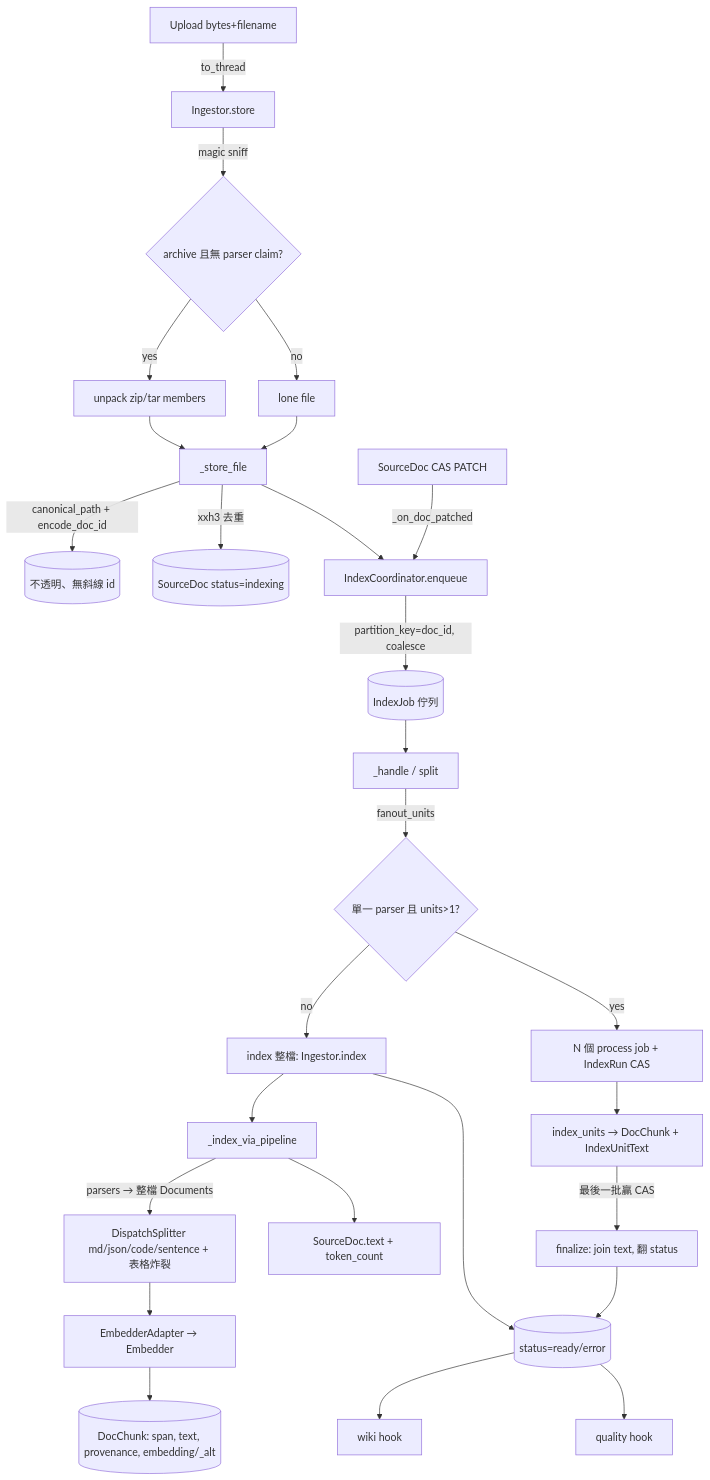
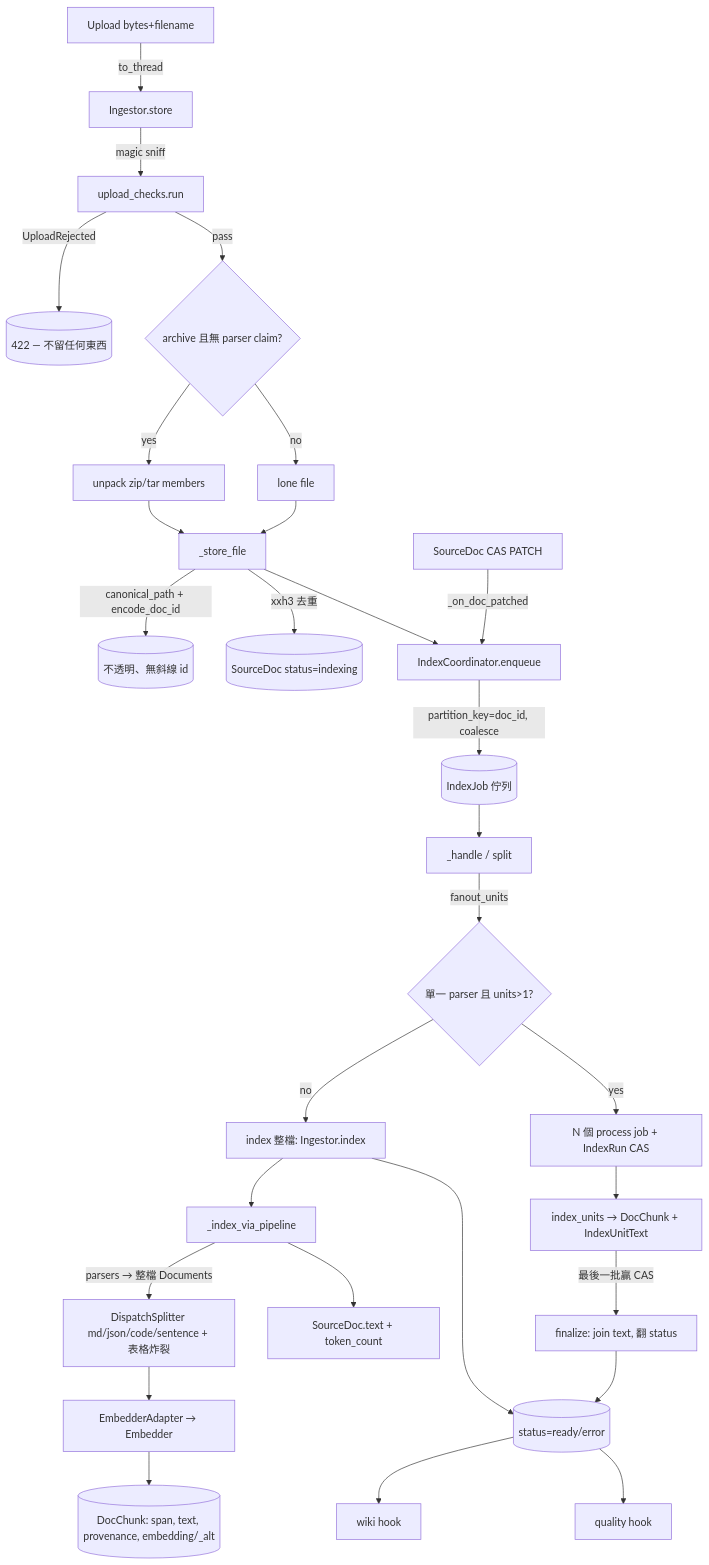
The diagram in docs/subsystems/kb-ingest-index.md (HYChou0515/ai-workspace), drawn with Mermaid before and after one commit. The commit also changed other lines of this file and 15 other files, not shown here.

````diff
--- a/docs/subsystems/kb-ingest-index.md
+++ b/docs/subsystems/kb-ingest-index.md
@@ -49,29 +53,31 @@
 ```mermaid
 flowchart TD
   U[Upload bytes+filename] -->|to_thread| S[Ingestor.store]
-  S -->|magic sniff| AR{archive 且無 parser claim?}
+  S -->|magic sniff| CK[upload_checks.run]
+  CK -->|UploadRejected| RJ[(422 — 不留任何東西)]
+  CK -->|pass| AR{archive 且無 parser claim?}
   AR -->|yes| EX[unpack zip/tar members]
   AR -->|no| ONE[lone file]
   EX --> SF[_store_file]
   ONE --> SF
   SF -->|canonical_path + encode_doc_id| ID[(不透明、無斜線 id)]
   SF -->|xxh3 去重| SD[(SourceDoc status=indexing)]
   SF --> EQ[IndexCoordinator.enqueue]
   EQ -->|partition_key=doc_id, coalesce| Q[(IndexJob 佇列)]
   Q --> H[_handle / split]
   H -->|fanout_units| FO{單一 parser 且 units>1?}
   FO -->|no| IW[index 整檔: Ingestor.index]
   FO -->|yes| PJ[N 個 process job + IndexRun CAS]
   PJ --> IU[index_units → DocChunk + IndexUnitText]
   IU -->|最後一批贏 CAS| FIN[finalize: join text, 翻 status]
   IW --> PIPE[_index_via_pipeline]
   PIPE -->|parsers → 整檔 Documents| DS[DispatchSplitter md/json/code/sentence + 表格炸裂]
   DS --> EA[EmbedderAdapter → Embedder]
   EA --> DC[(DocChunk: span, text, provenance, embedding/_alt)]
   PIPE --> TXT[SourceDoc.text + token_count]
   IW --> RDY[(status=ready/error)]
   FIN --> RDY
   RDY --> WH[wiki hook]
   RDY --> QH[quality hook]
   EDIT[SourceDoc CAS PATCH] -->|_on_doc_patched| EQ
 ```
````
